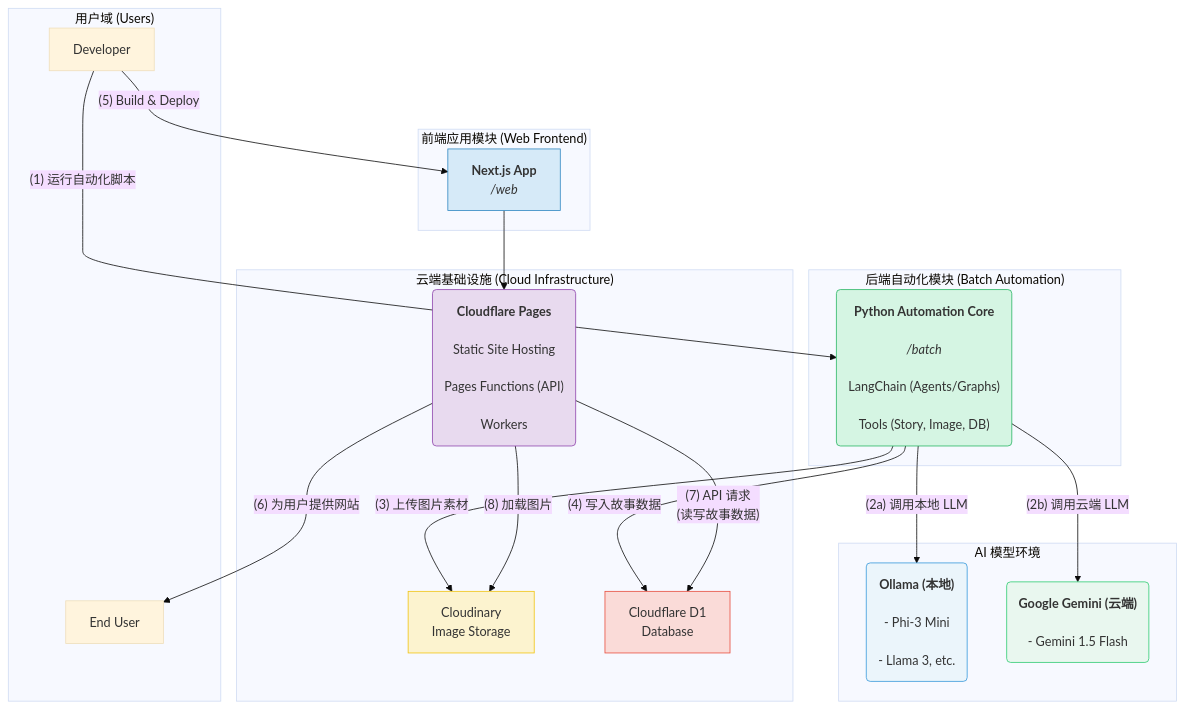
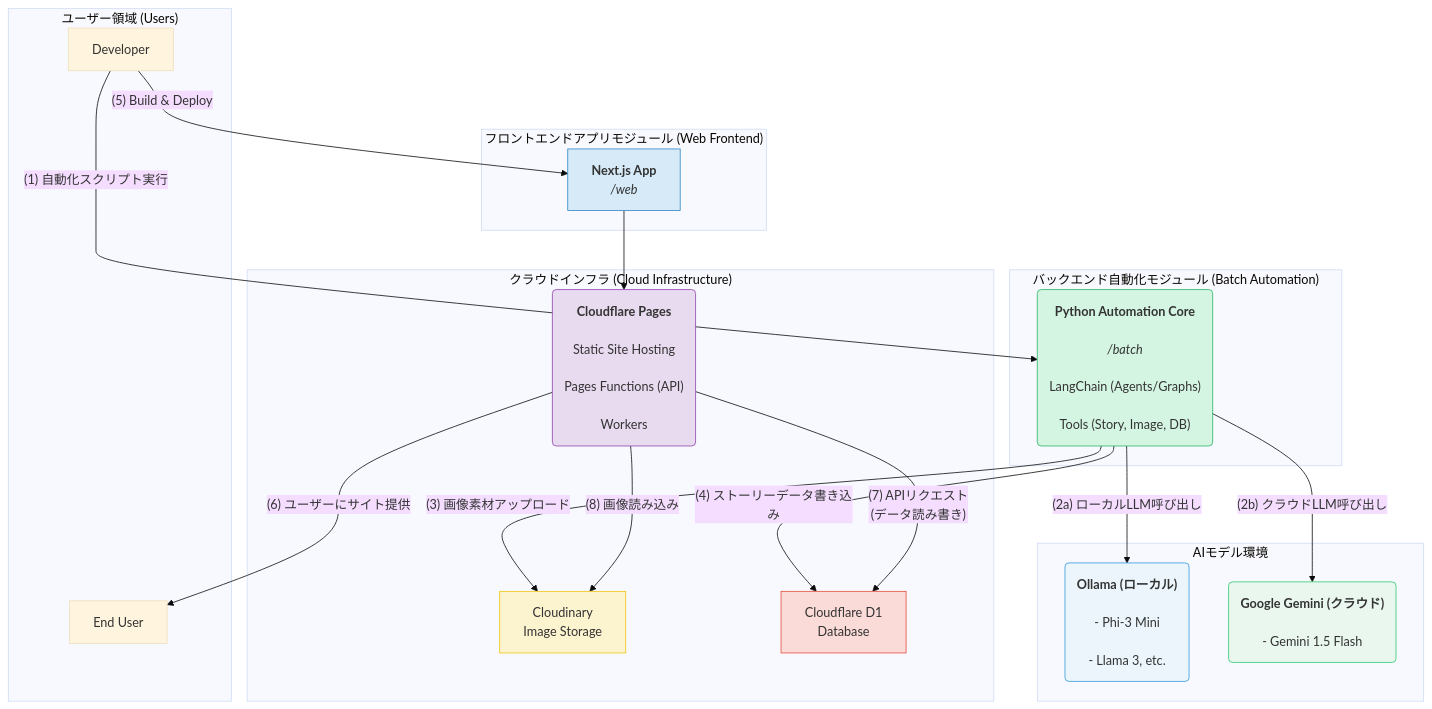
The diagram in README.md (hitgub123/lilyco_storybook), drawn with Mermaid (base theme) before and after one commit. The commit also changed other lines of this file and 1 other file, not shown here.

````diff
--- a/README.md
+++ b/README.md
@@ -24,67 +23,67 @@
 ```mermaid
 graph TD
-    subgraph "用户域 (Users)"
+    subgraph "ユーザー領域 (Users)"
         Dev[Developer]
         EndUser[End User]
     end
 
-    subgraph "后端自动化模块 (Batch Automation)"
+    subgraph "バックエンド自動化モジュール (Batch Automation)"
         style Script fill:#D5F5E3,stroke:#28B463
         Script("
             <b>Python Automation Core</b><br/>
             <i>/batch</i><br/>
             LangChain (Agents/Graphs)<br/>
             Tools (Story, Image, DB)
         ")
     end
 
-    subgraph "AI 模型环境<br/> "
+    subgraph "AIモデル環境<br/> "
         style Ollama fill:#EBF5FB,stroke:#3498DB
         style Gemini fill:#E9F7EF,stroke:#2ECC71
 
         Ollama("
-            <b>Ollama (本地)</b><br/>
+            <b>Ollama (ローカル)</b><br/>
             - Phi-3 Mini<br/>
             - Llama 3, etc.
         ")
         Gemini("
-            <b>Google Gemini (云端)</b><br/>
+            <b>Google Gemini (クラウド)</b><br/>
             - Gemini 1.5 Flash
         ")
     end
 
-    subgraph "云端基础设施 (Cloud Infrastructure)"
+    subgraph "クラウドインフラ (Cloud Infrastructure)"
         style Cloudinary fill:#FCF3CF,stroke:#F1C40F
         style D1 fill:#FADBD8,stroke:#E74C3C
         style Pages fill:#E8DAEF,stroke:#8E44AD
 
         Cloudinary[Cloudinary<br/>Image Storage]
         D1[Cloudflare D1<br/>Database]
         Pages("
             <b>Cloudflare Pages</b><br/>
             Static Site Hosting<br/>
             Pages Functions (API)<br/>
             Workers
         ")
     end
     
-    subgraph "前端应用模块 (Web Frontend)"
+    subgraph "フロントエンドアプリモジュール (Web Frontend)"
         style NextJS fill:#D6EAF8,stroke:#2E86C1
         NextJS["<b>Next.js App</b><br/><i>/web</i>"]
     end
 
-    %% --- 定义工作流箭头 (使用兼容性更好的标签格式) ---
+    %% --- ワークフローの矢印定義 (互換性の高いラベル形式を使用) ---
 
-    Dev -- "(1) 运行自动化脚本" --> Script
-    Script -- "(2a) 调用本地 LLM" --> Ollama
-    Script -- "(2b) 调用云端 LLM" --> Gemini
-    Script -- "(3) 上传图片素材" --> Cloudinary
-    Script -- "(4) 写入故事数据" --> D1
+    Dev -- "(1) 自動化スクリプト実行" --> Script
+    Script -- "(2a) ローカルLLM呼び出し" --> Ollama
+    Script -- "(2b) クラウドLLM呼び出し" --> Gemini
+    Script -- "(3) 画像素材アップロード" --> Cloudinary
+    Script -- "(4) ストーリーデータ書き込み" --> D1
     
     Dev -- "(5) Build & Deploy" --> NextJS
     NextJS -- " " --> Pages
     
-    Pages -- "(6) 为用户提供网站" --> EndUser
-    Pages -- "(7) API 请求<br/>(读写故事数据)" --> D1
-    Pages -- "(8) 加载图片" --> Cloudinary
+    Pages -- "(6) ユーザーにサイト提供" --> EndUser
+    Pages -- "(7) APIリクエスト<br/>(データ読み書き)" --> D1
+    Pages -- "(8) 画像読み込み" --> Cloudinary
 ```
````
